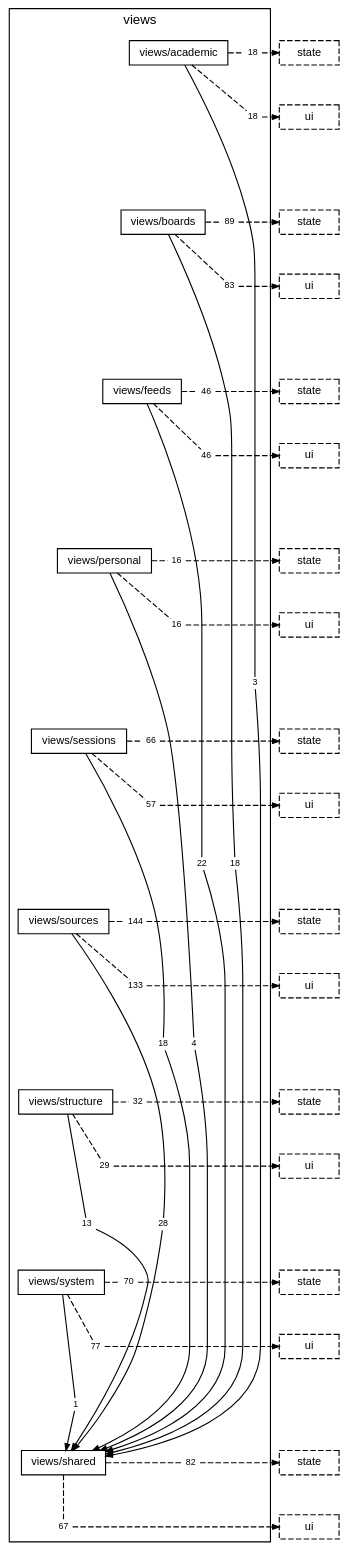
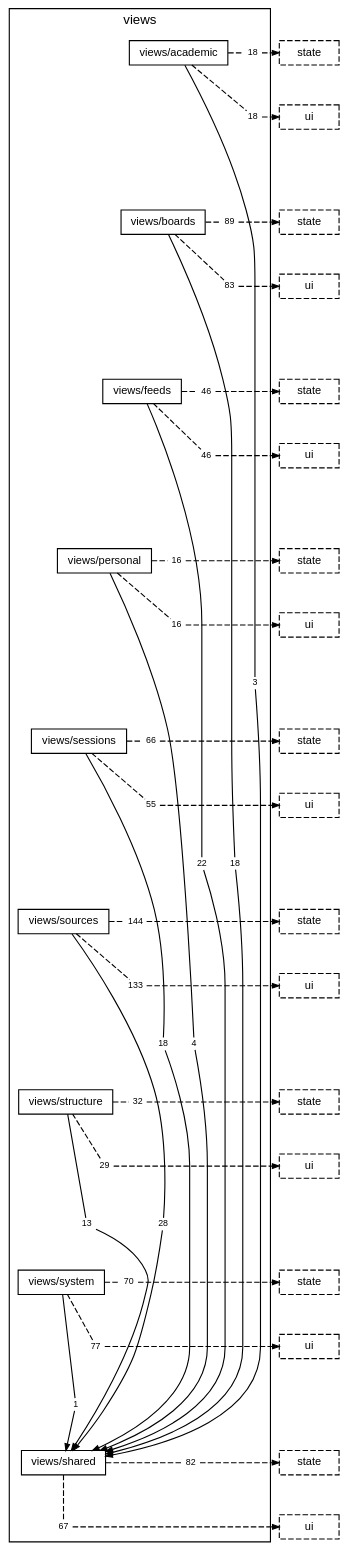
Before and after one commit to TheAxeC/oculus: the diagram in docs/diagrams/layer-views.dot, drawn with Graphviz. The commit also changed 31 other files, not shown here.

```diff
--- a/docs/diagrams/layer-views.dot
+++ b/docs/diagrams/layer-views.dot
@@ -27,7 +27,7 @@
         "folder views/personal to layer ui" [label="16", shape=box, color="transparent", fontsize=8, width=0, height=0, margin="0.04,0.02"];
         "folder views/sessions to folder views/shared" [label="18", shape=box, color="transparent", fontsize=8, width=0, height=0, margin="0.04,0.02"];
         "folder views/sessions to layer state" [label="66", shape=box, color="transparent", fontsize=8, width=0, height=0, margin="0.04,0.02"];
-        "folder views/sessions to layer ui" [label="57", shape=box, color="transparent", fontsize=8, width=0, height=0, margin="0.04,0.02"];
+        "folder views/sessions to layer ui" [label="55", shape=box, color="transparent", fontsize=8, width=0, height=0, margin="0.04,0.02"];
         "folder views/sources to folder views/shared" [label="28", shape=box, color="transparent", fontsize=8, width=0, height=0, margin="0.04,0.02"];
         "folder views/sources to layer state" [label="144", shape=box, color="transparent", fontsize=8, width=0, height=0, margin="0.04,0.02"];
         "folder views/sources to layer ui" [label="133", shape=box, color="transparent", fontsize=8, width=0, height=0, margin="0.04,0.02"];
```
